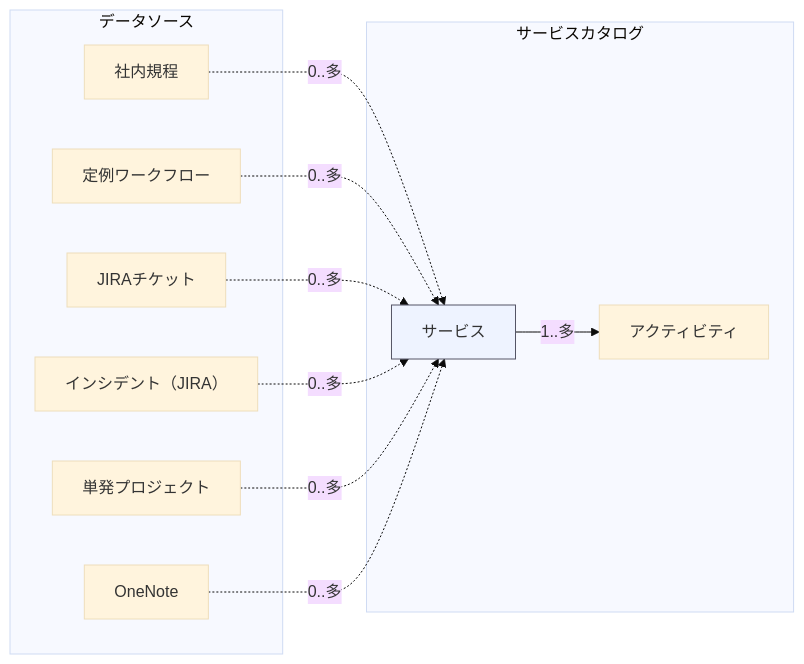
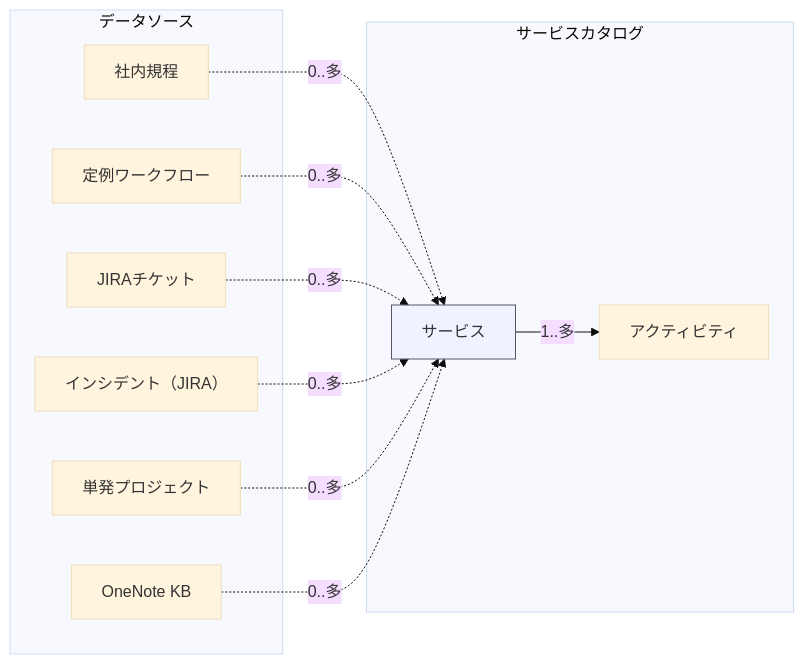
One commit to KChen-FMI/workspace-docs changed the diagram in run-book/service-catalog-data-sources.md. Above: the diagram before and after it, drawn with Mermaid (base theme). The commit also changed 14 other files, not shown here.

````diff
--- a/run-book/service-catalog-data-sources.md
+++ b/run-book/service-catalog-data-sources.md
@@ -7,24 +7,24 @@
 ```mermaid
 flowchart LR
   subgraph DS[データソース]
     R1[社内規程]
     R2[定例ワークフロー]
     R3[JIRAチケット]
     R4[インシデント（JIRA）]
     R5[単発プロジェクト]
-    R6[OneNote]
+    R6[OneNote KB]
   end
 
   subgraph SC[サービスカタログ]
     SV[サービス]:::service -->|1..多| AC[アクティビティ]
   end
 
   R1 -. "0..多" .-> SV
   R2 -. "0..多" .-> SV
   R3 -. "0..多" .-> SV
   R4 -. "0..多" .-> SV
   R5 -. "0..多" .-> SV
   R6 -. "0..多" .-> SV
 
   classDef service fill:#eef3ff,stroke:#556,stroke-width:1px;
 ```
````
